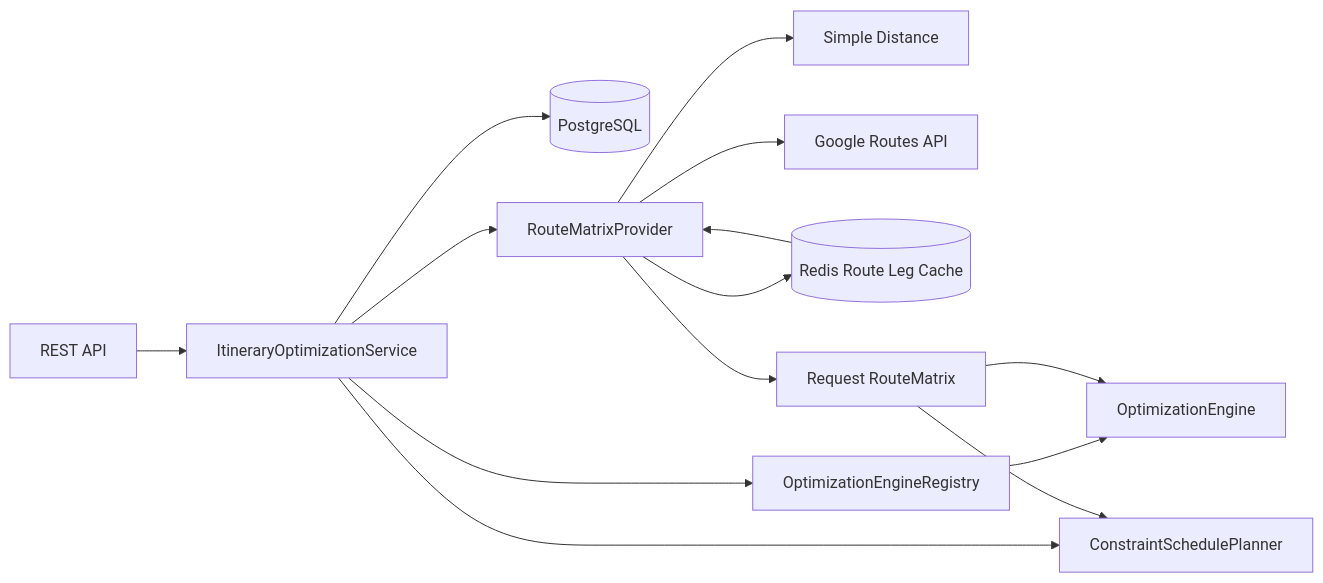
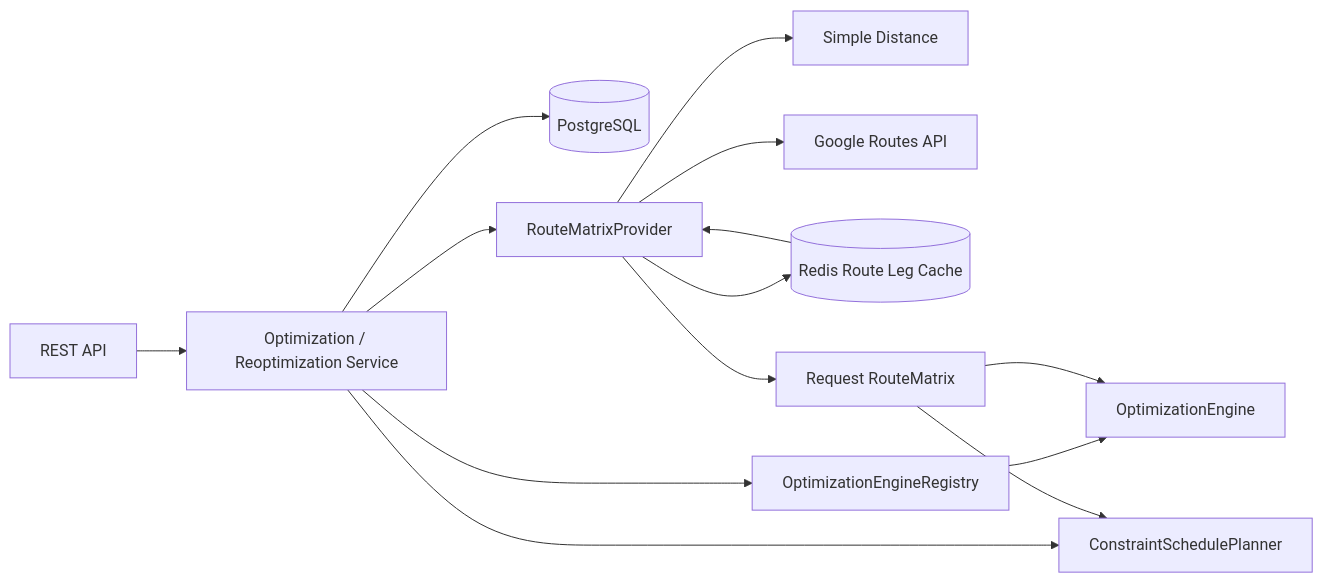
One commit to sungjuun/RoutePlan changed the first of 2 diagrams in README.md. Above: the diagram before and after it, drawn with Mermaid. The commit also changed other lines of this file, not shown here.

````diff
--- a/README.md
+++ b/README.md
@@ -101,16 +108,16 @@
 ```mermaid
 flowchart LR
-    API[REST API] --> APP[ItineraryOptimizationService]
+    API[REST API] --> APP[Optimization / Reoptimization Service]
     APP --> DB[(PostgreSQL)]
     APP --> MATRIX[RouteMatrixProvider]
     MATRIX --> SIMPLE[Simple Distance]
     MATRIX --> GOOGLE[Google Routes API]
     MATRIX --> CACHE[(Redis Route Leg Cache)]
     CACHE --> MATRIX
     APP --> REGISTRY[OptimizationEngineRegistry]
     REGISTRY --> ENGINE[OptimizationEngine]
     MATRIX --> ROUTE[Request RouteMatrix]
     ROUTE --> ENGINE
     APP --> PLANNER[ConstraintSchedulePlanner]
     ROUTE --> PLANNER
 ```
````
